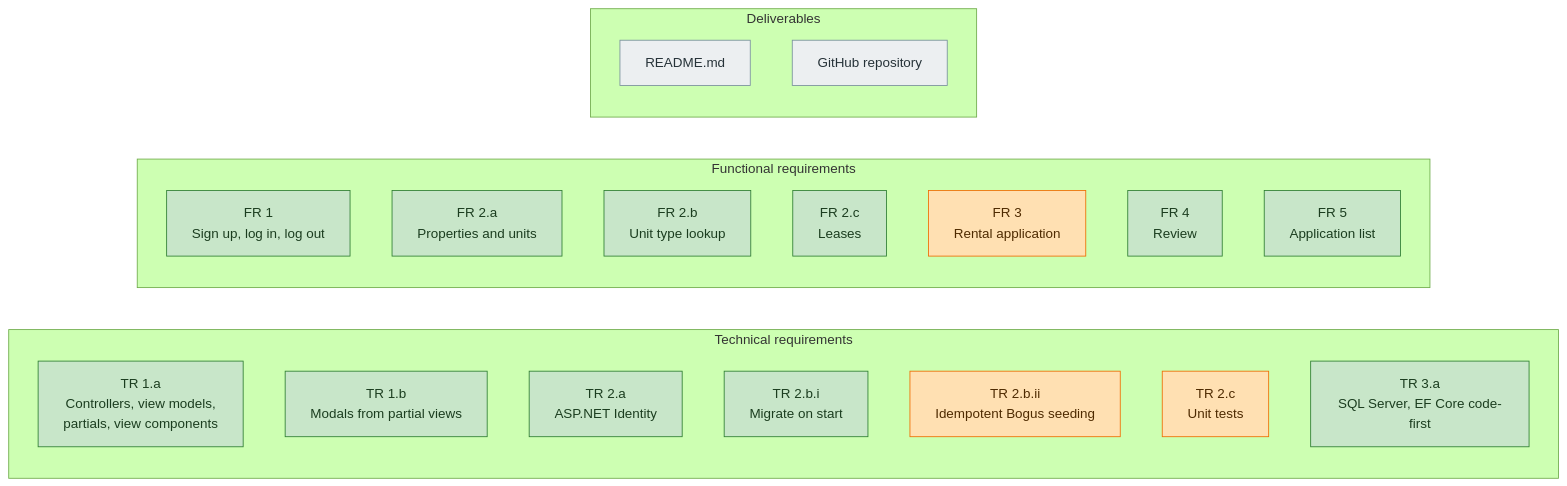
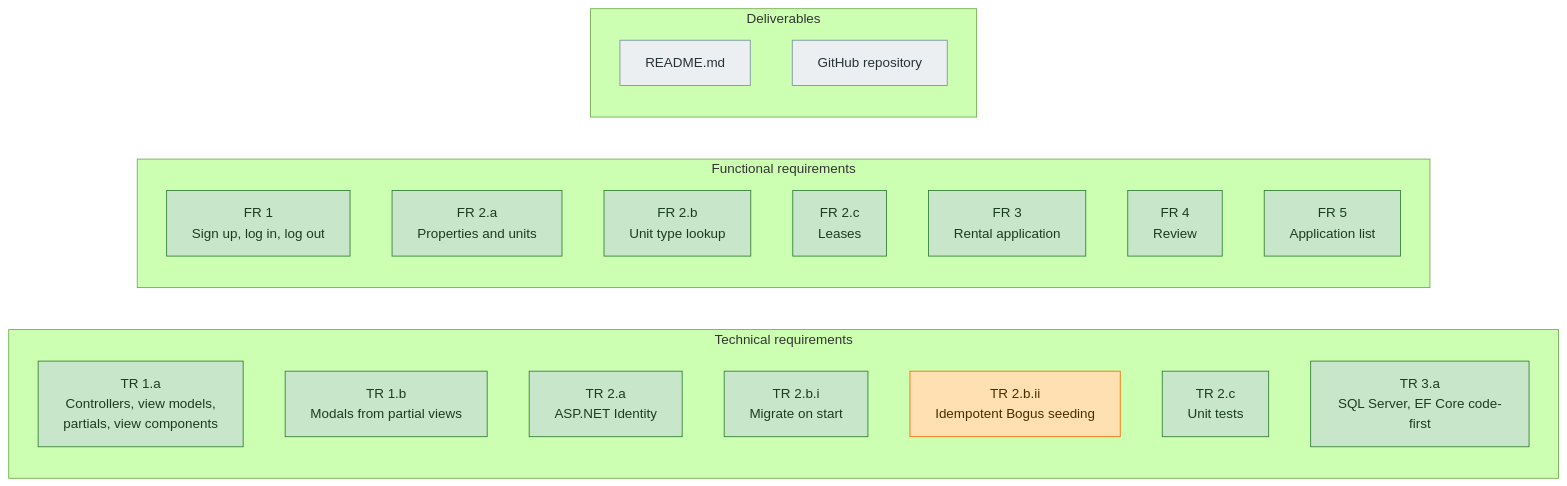
One commit to breps83/troy-rentalportal changed the first of 7 diagrams in docs/diagrams.md. Above: the diagram before and after it, drawn with Mermaid (forest theme). The commit also changed other lines of this file and 6 other files, not shown here.

````diff
--- a/docs/diagrams.md
+++ b/docs/diagrams.md
@@ -20,31 +20,31 @@
 ```mermaid
 flowchart LR
     classDef done fill:#c8e6c9,stroke:#2e7d32,color:#1b3d1f
     classDef partial fill:#ffe0b2,stroke:#ef6c00,color:#4e2a00
     classDef todo fill:#eceff1,stroke:#78909c,color:#263238
 
     subgraph TR["Technical requirements"]
         TR1a["TR 1.a<br/>Controllers, view models,<br/>partials, view components"]:::done
         TR1b["TR 1.b<br/>Modals from partial views"]:::done
         TR2a["TR 2.a<br/>ASP.NET Identity"]:::done
         TR2b1["TR 2.b.i<br/>Migrate on start"]:::done
         TR2b2["TR 2.b.ii<br/>Idempotent Bogus seeding"]:::partial
-        TR2c["TR 2.c<br/>Unit tests"]:::partial
+        TR2c["TR 2.c<br/>Unit tests"]:::done
         TR3["TR 3.a<br/>SQL Server, EF Core code-first"]:::done
     end
 
     subgraph FR["Functional requirements"]
         FR1["FR 1<br/>Sign up, log in, log out"]:::done
         FR2a["FR 2.a<br/>Properties and units"]:::done
         FR2b["FR 2.b<br/>Unit type lookup"]:::done
         FR2c["FR 2.c<br/>Leases"]:::done
-        FR3["FR 3<br/>Rental application"]:::partial
+        FR3["FR 3<br/>Rental application"]:::done
         FR4["FR 4<br/>Review"]:::done
         FR5["FR 5<br/>Application list"]:::done
     end
 
     subgraph DL["Deliverables"]
         README["README.md"]:::todo
         GH["GitHub repository"]:::todo
     end
 ```
````
